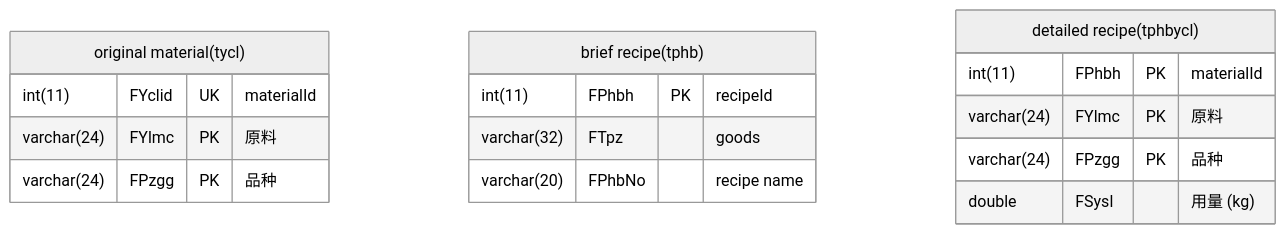
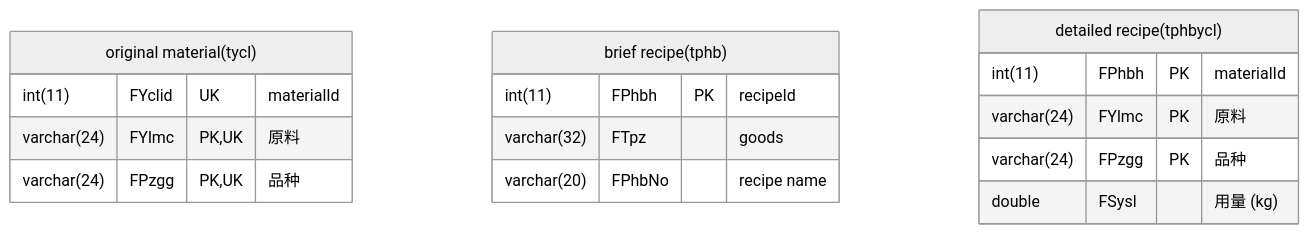
One commit to kong-zj/SCG_TGL_assistant changed the second of 3 diagrams in README.md. Above: the diagram before and after it, drawn with Mermaid (neutral theme). The commit also changed other lines of this file and 16 other files, not shown here.

````diff
--- a/README.md
+++ b/README.md
@@ -221,19 +221,19 @@
 ```mermaid
 erDiagram
     "original material(tycl)" {
         int(11) FYclid UK "materialId"
-        varchar(24) FYlmc PK "原料"
-        varchar(24) FPzgg PK "品种"
+        varchar(24) FYlmc PK,UK "原料"
+        varchar(24) FPzgg PK,UK "品种"
     }
     "brief recipe(tphb)" {
         int(11) FPhbh PK "recipeId"
         varchar(32) FTpz "goods"
         varchar(20) FPhbNo "recipe name"
     }
     "detailed recipe(tphbycl)" {
         int(11) FPhbh PK "materialId"
         varchar(24) FYlmc PK "原料"
         varchar(24) FPzgg PK "品种"
         double FSysl "用量 (kg)"
     }
 ```
````
